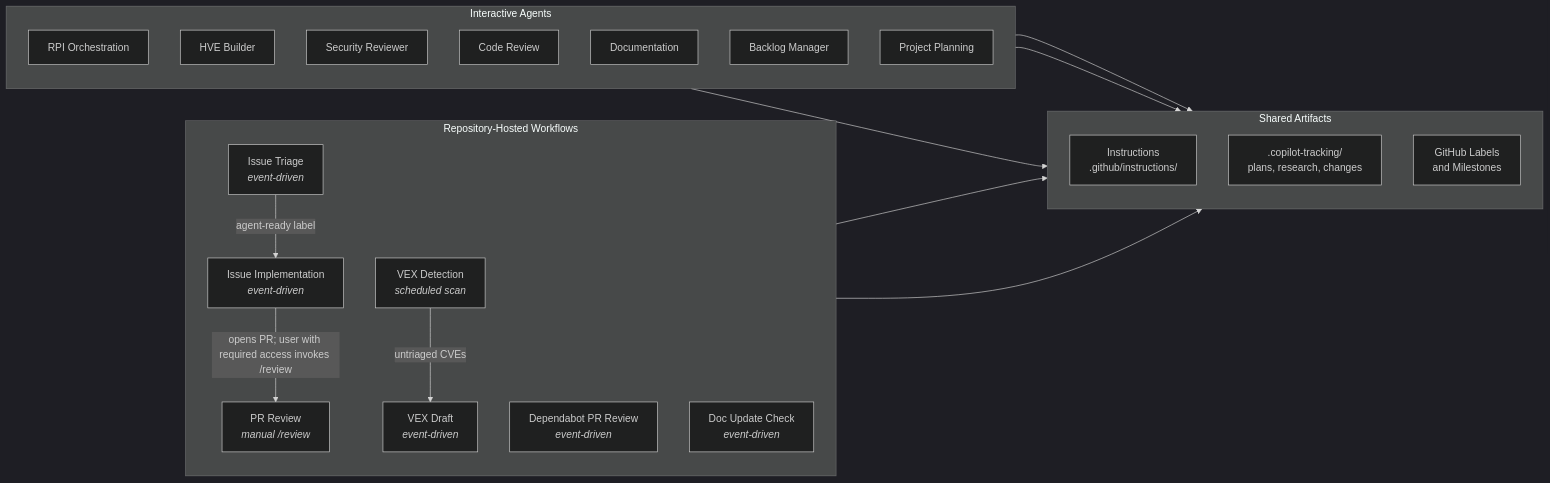
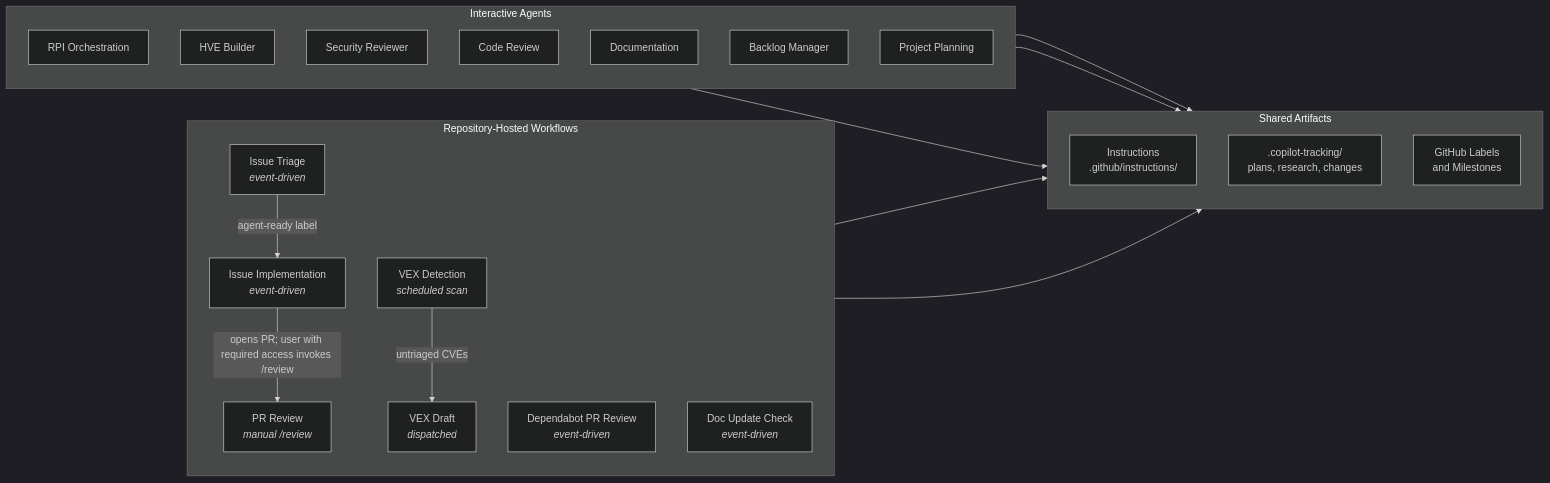
The third of 3 diagrams in docs/architecture/agentic-workflows.md (asiapartners/hve-innovation), drawn with Mermaid (dark theme) before and after one commit. The commit also changed other lines of this file and 403 other files, not shown here.

````diff
--- a/docs/architecture/agentic-workflows.md
+++ b/docs/architecture/agentic-workflows.md
@@ -261,42 +256,42 @@
 ```mermaid
 flowchart LR
     accTitle: Hosted Workflows and Interactive Agent Integration
     accDescr: Repository-hosted workflows coordinate through events and labels while interactive agents share instructions, skills, and tracking artifacts across the development lifecycle.
     subgraph HOSTED["Repository-Hosted Workflows"]
         direction TB
         TRIAGE["Issue Triage<br/><i>event-driven</i>"]
         IMPL["Issue Implementation<br/><i>event-driven</i>"]
         REVIEW["PR Review<br/><i>manual /review</i>"]
         DEPEND["Dependabot PR Review<br/><i>event-driven</i>"]
         DOCS["Doc Update Check<br/><i>event-driven</i>"]
         VEX_DETECT["VEX Detection<br/><i>scheduled scan</i>"]
-        VEX_DRAFT["VEX Draft<br/><i>event-driven</i>"]
+        VEX_DRAFT["VEX Draft<br/><i>dispatched</i>"]
         TRIAGE -- "agent-ready label" --> IMPL
         IMPL -- "opens PR; user with required access invokes /review" --> REVIEW
         VEX_DETECT -- "untriaged CVEs" --> VEX_DRAFT
     end
 
     subgraph INTERACTIVE["Interactive Agents"]
         direction TB
         RPI["RPI Orchestration"]
         HB["HVE Builder"]
         SR["Security Reviewer"]
         CR["Code Review"]
         DOC["Documentation"]
         BM["Backlog Manager"]
         PP["Project Planning"]
     end
 
     subgraph ARTIFACTS["Shared Artifacts"]
         direction TB
         INST["Instructions<br/>.github/instructions/"]
         TRACK[".copilot-tracking/<br/>plans, research, changes"]
         LABELS["GitHub Labels<br/>and Milestones"]
     end
 
     HOSTED --> INST
     INTERACTIVE --> INST
     RPI --> TRACK
     BM --> LABELS
     TRIAGE --> LABELS
 ```
````
